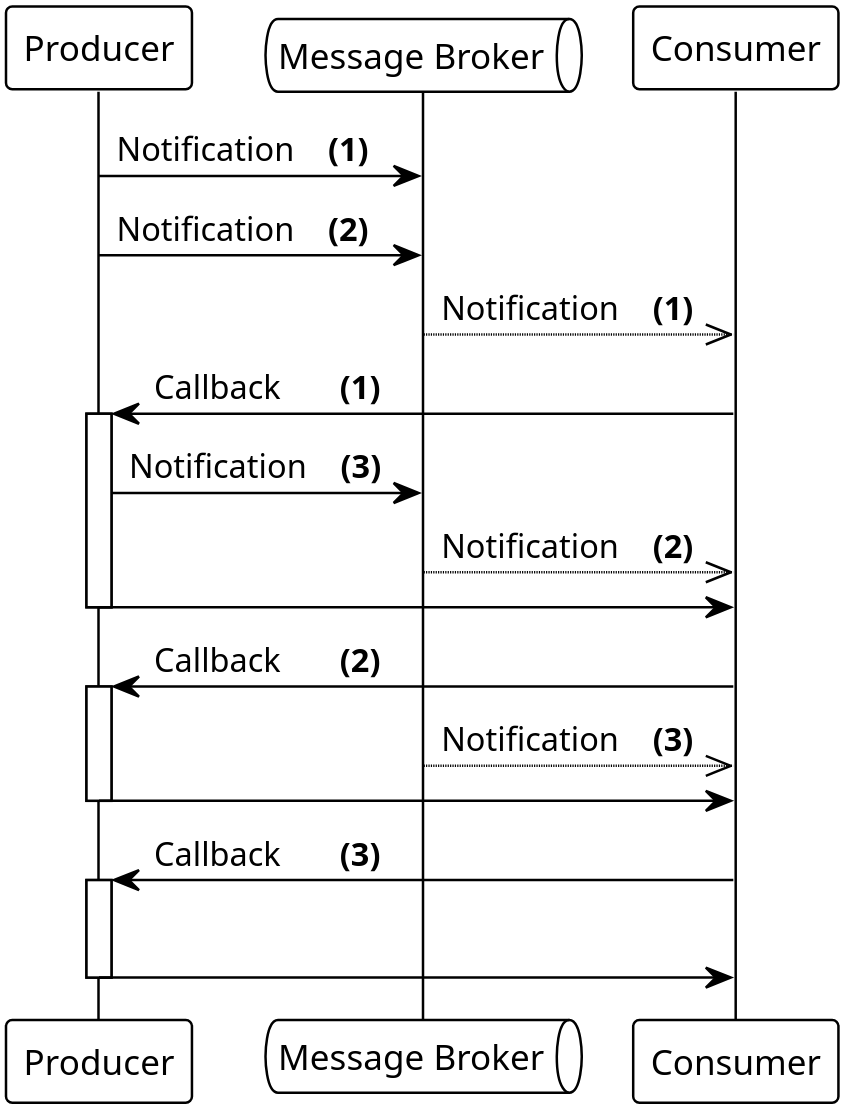
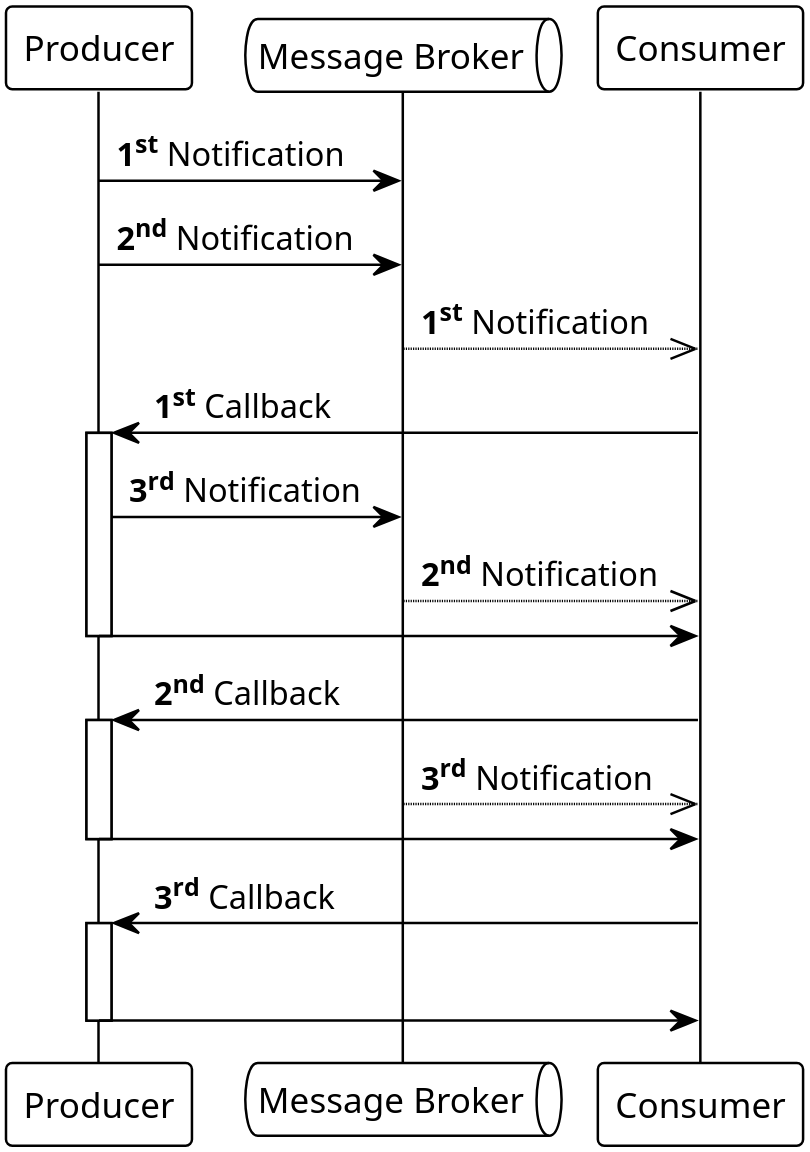
Before and after one commit to stackus/eda-with-golang: the diagram in ch7/docs/Diagrams/notification_ordering.puml, drawn with PlantUML. The commit also changed 87 other files, not shown here.

```diff
--- a/ch7/docs/Diagrams/notification_ordering.puml
+++ b/ch7/docs/Diagrams/notification_ordering.puml
@@ -1,28 +1,28 @@
 @startuml
 !theme plain
 skinparam dpi 400
 skinparam defaultFontName Jetbrains Mono
 skinparam ParticipantPadding 0
 
 participant Producer as prod
 queue "Message Broker" as b
 participant Consumer as con
 
-prod -> b : Notification    <b>(1)</b>
-prod -> b : Notification    <b>(2)</b>
-b -->> con : Notification    <b>(1)</b>
+prod -> b : <b>1<sup>st</sup></b> Notification
+prod -> b : <b>2<sup>nd</sup></b> Notification
+b -->> con : <b>1<sup>st</sup></b> Notification
 
-con -> prod ++ : Callback       <b>(1)</b>
-prod -> b : Notification    <b>(3)</b>
-b -->> con : Notification    <b>(2)</b>
+con -> prod ++ : <b>1<sup>st</sup></b> Callback
+prod -> b : <b>3<sup>rd</sup></b> Notification
+b -->> con : <b>2<sup>nd</sup></b> Notification
 prod -> con --
 
-con -> prod ++ : Callback       <b>(2)</b>
-b -->> con : Notification    <b>(3)</b>
+con -> prod ++ : <b>2<sup>nd</sup></b> Callback
+b -->> con : <b>3<sup>rd</sup></b> Notification
 prod -> con --
 
-con -> prod ++  : Callback       <b>(3)</b>
+con -> prod ++  : <b>3<sup>rd</sup></b> Callback
 |||
 prod -> con --
 
 @enduml
```
